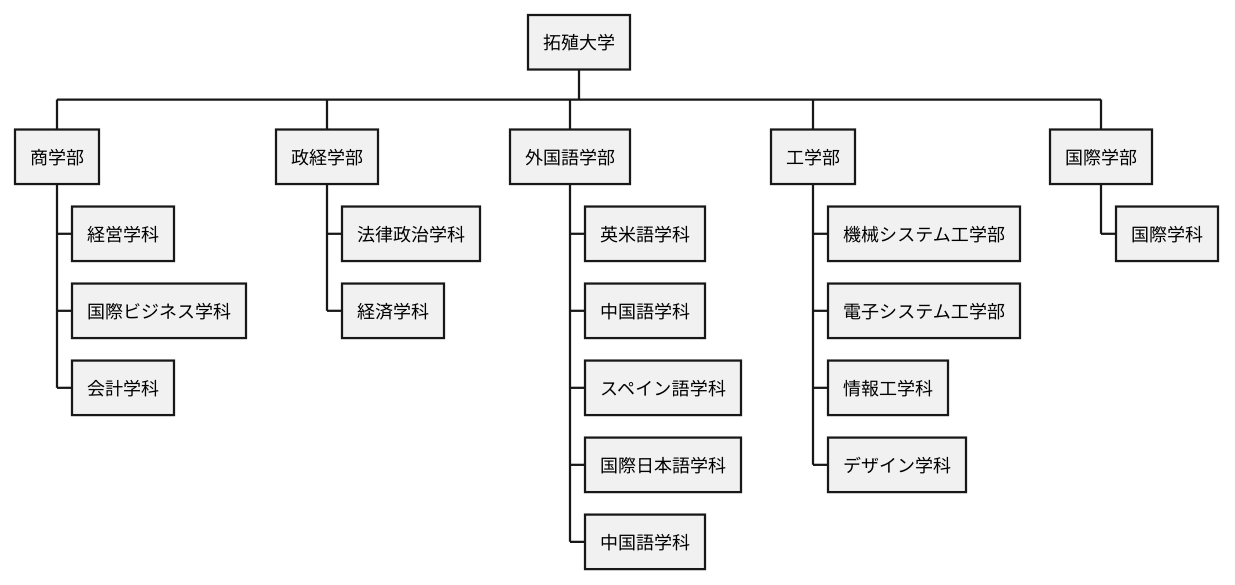
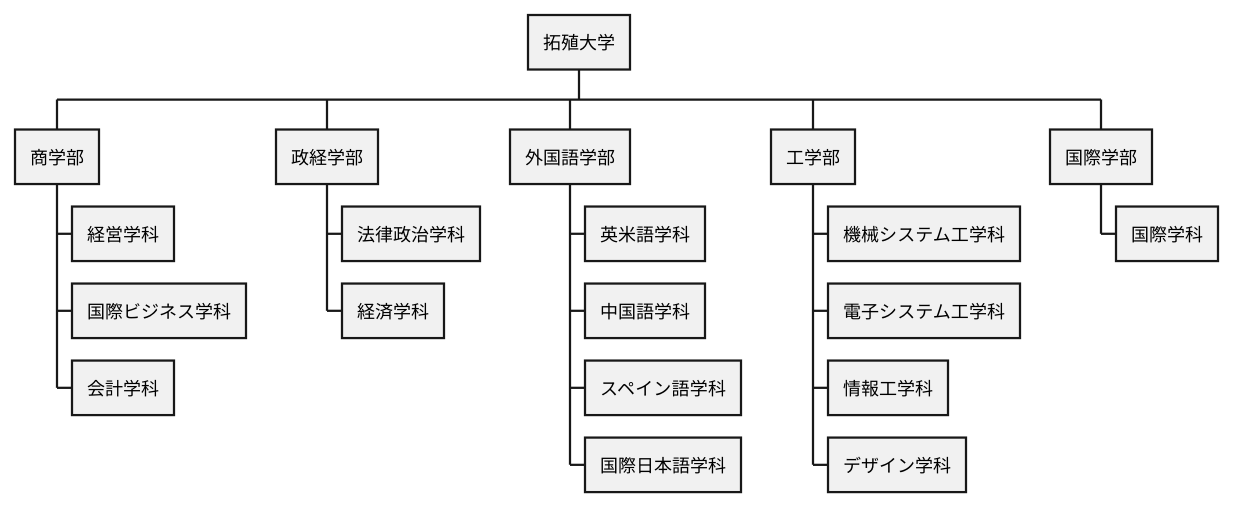
The diagram in Answer/ex02.pu (DCS-1-301-02/graph), drawn with PlantUML before and after one commit. The commit also changed 2 other files, not shown here.

```diff
--- a/Answer/ex02.pu
+++ b/Answer/ex02.pu
@@ -1,23 +1,22 @@
 @startwbs ex02
 * 拓殖大学
 ** 商学部
 *** 経営学科
 *** 国際ビジネス学科
 *** 会計学科
 ** 政経学部
 *** 法律政治学科
 *** 経済学科
 ** 外国語学部
 *** 英米語学科
 *** 中国語学科
 *** スペイン語学科
 *** 国際日本語学科
-*** 中国語学科
 ** 工学部
-*** 機械システム工学部
-*** 電子システム工学部
+*** 機械システム工学科
+*** 電子システム工学科
 *** 情報工学科
 *** デザイン学科
 ** 国際学部
 *** 国際学科
 @endwbs
```
